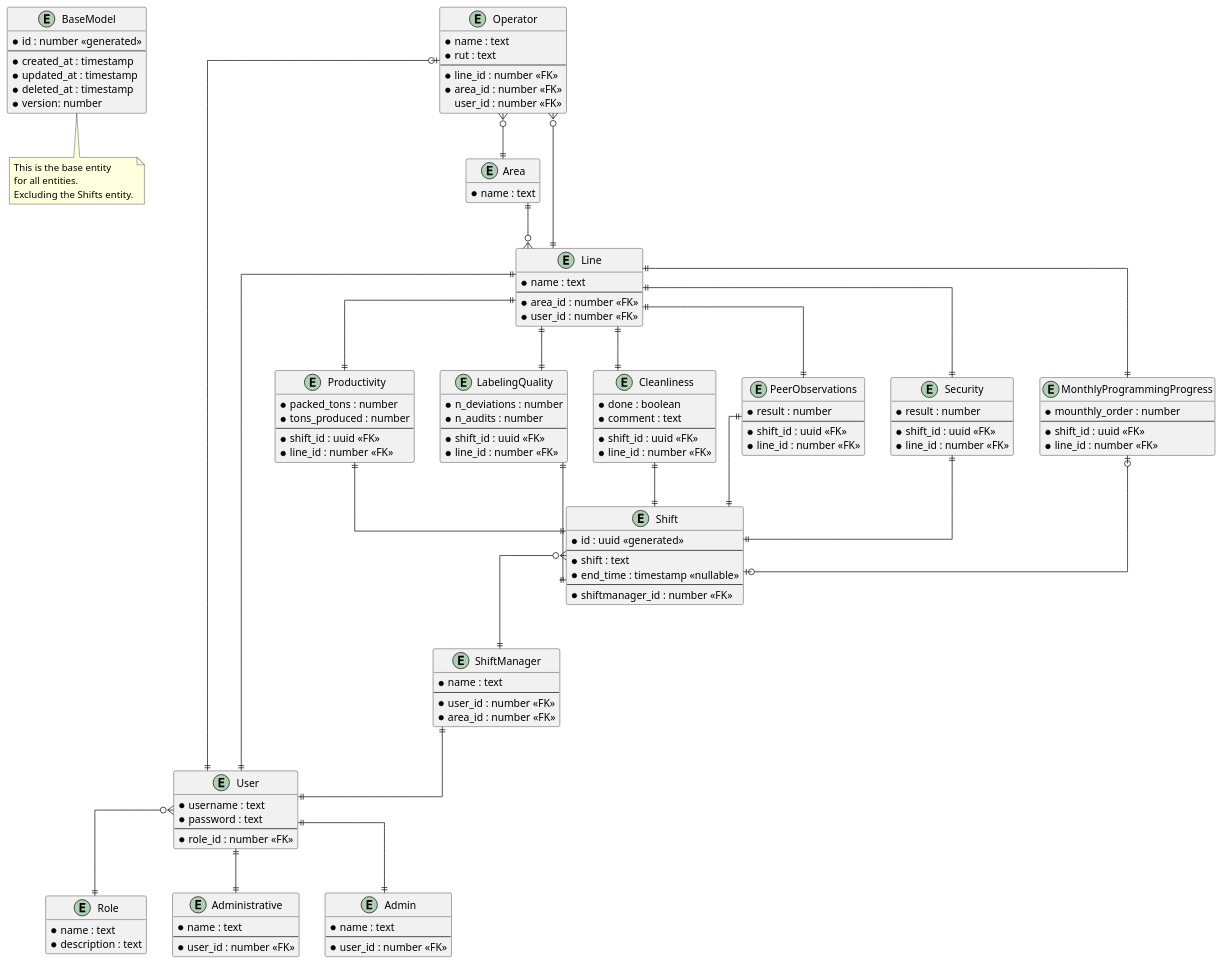
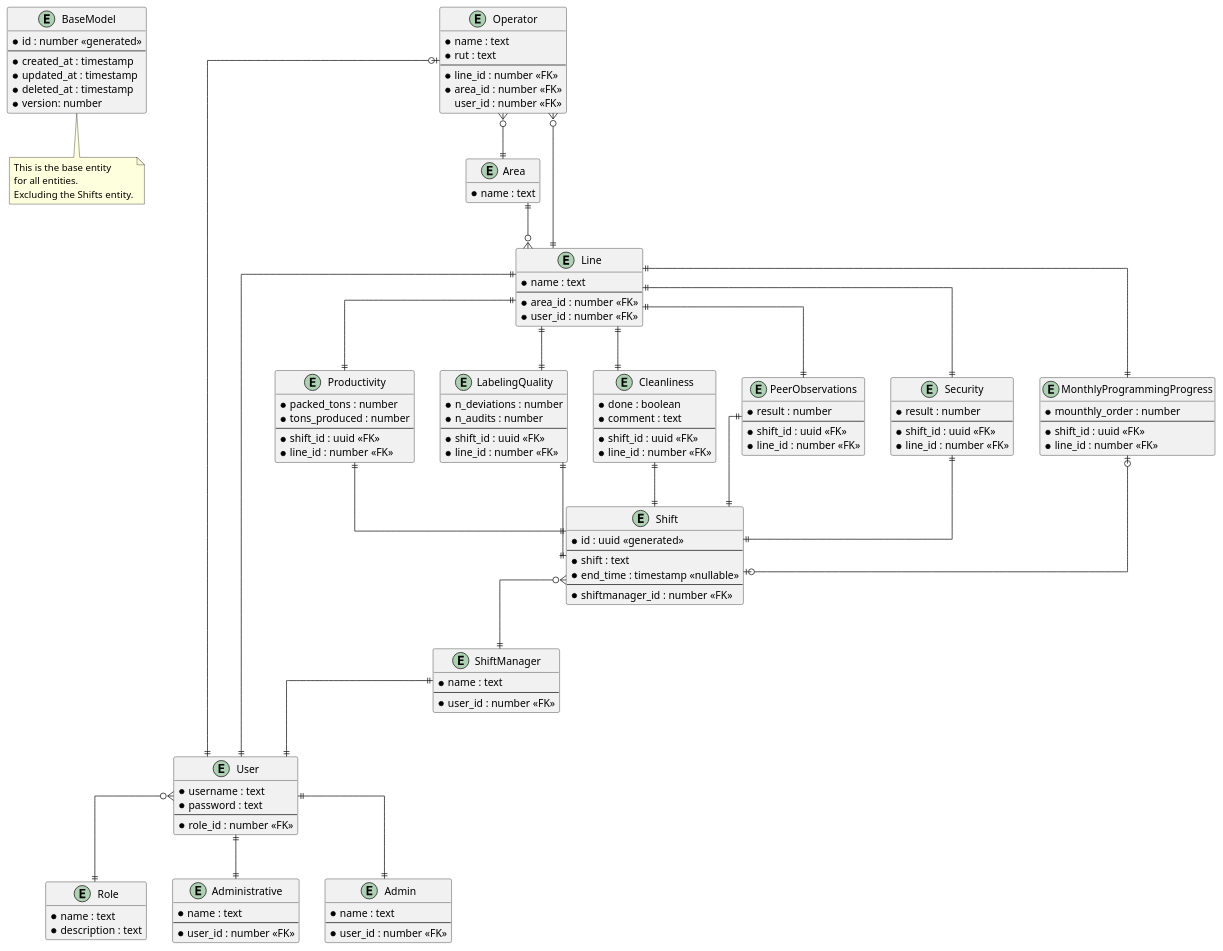
Before and after one commit to BastiancitosJr/new-laravel-api: the diagram in docs/ER.puml, drawn with PlantUML.

Commit message:
feat: updated ER model

```diff
--- a/docs/ER.puml
+++ b/docs/ER.puml
@@ -1,161 +1,153 @@
 @startuml ER-Diagram
 hide empty methods
 skinparam linetype ortho
 
 
 entity BaseModel {
     * id : number <<generated>>
     --
     * created_at : timestamp
     * updated_at : timestamp
     * deleted_at : timestamp
     * version: number
 }
 
 entity Role {
     * name : text
     * description : text
 }
 
 entity User {
     * username : text
     * password : text
     --
     * role_id : number <<FK>>
 }
 
 entity Administrative {
     * name : text
     --
     * user_id : number <<FK>>
 }
 
 entity Admin {
     * name : text
     --
     * user_id : number <<FK>>
 }
 
 entity ShiftManager {
     * name : text
     --
     * user_id : number <<FK>>
-    * area_id : number <<FK>>
 }
 
 
 entity Area {
     * name : text
 }
 
 entity Line {
     * name : text
     --
     * area_id : number <<FK>>
     * user_id : number <<FK>>
 }
 
 entity Operator {
     * name : text
     * rut : text
     --
     * line_id : number <<FK>>
     * area_id : number <<FK>>
     user_id : number <<FK>>
 }
 
 entity Productivity {
     * packed_tons : number
     * tons_produced : number
     --
     * shift_id : uuid <<FK>>
     * line_id : number <<FK>>
 }
 
 entity LabelingQuality {
     * n_deviations : number
     * n_audits : number
     --
     * shift_id : uuid <<FK>>
     * line_id : number <<FK>>
 }
 
 entity Cleanliness {
     * done : boolean
     * comment : text
     --
     * shift_id : uuid <<FK>>
     * line_id : number <<FK>>
 }
 
 entity PeerObservations {
     * result : number
     --
     * shift_id : uuid <<FK>>
     * line_id : number <<FK>>
 }
 
 entity Security {
     * result : number
     --
     * shift_id : uuid <<FK>>
     * line_id : number <<FK>>
 }
 
 entity MonthlyProgrammingProgress {
     * mounthly_order : number
     --
     * shift_id : uuid <<FK>>
     * line_id : number <<FK>>
 }
 
 entity Shift{
     * id : uuid <<generated>>
     --
     * shift : text
     * end_time : timestamp <<nullable>>
     --
     * shiftmanager_id : number <<FK>>
 }
 
 note bottom of BaseModel
     This is the base entity
     for all entities.
     Excluding the Shifts entity.
 end note
 
 Line ||--|| User
 User ||--|| Administrative
 User ||--|| Admin
 ShiftManager ||--|| User
 Operator |o--|| User
 User }o--|| Role
 Operator }o--|| Line
 Operator }o--|| Area
 Area ||--o{ Line
 
-' Productivity }o--|| ShiftManager
-' LabelingQuality }o--|| ShiftManager
-' Cleanliness }o--|| ShiftManager
-' PeerObservations }o--|| ShiftManager
-' Security }o--|| ShiftManager
-' MonthlyProgrammingProgress }o--|| ShiftManager
-
 Shift }o--|| ShiftManager
 
 Productivity ||--|| Shift
 LabelingQuality ||--|| Shift
 Cleanliness ||--|| Shift
 PeerObservations ||--|| Shift
 Security ||--|| Shift
 MonthlyProgrammingProgress |o--o| Shift
 
 Line ||--|| Productivity
 Line ||--|| LabelingQuality
 Line ||--|| Cleanliness
 Line ||--|| PeerObservations
 Line ||--|| Security
 Line ||--|| MonthlyProgrammingProgress
 
 
 @enduml
```
